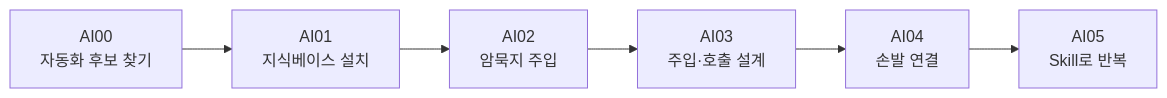
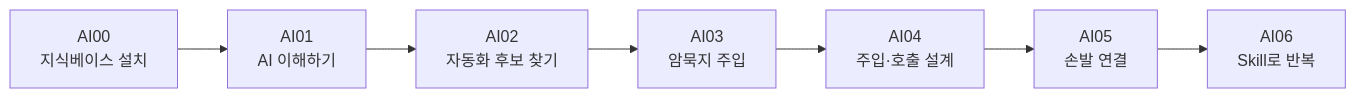
The diagram in 04_AI_스텝/_index.md (sunwon12/vibe-coding-curriculum), drawn with Mermaid before and after one commit. The commit also changed other lines of this file and 26 other files, not shown here.

First line of the commit message:
AI 스텝 순서를 지식베이스 → AI 이해 → 자동화 후보로 바꾸고 수업 자료 PDF 추가

````diff
--- a/04_AI_스텝/_index.md
+++ b/04_AI_스텝/_index.md
@@ -19,8 +19,9 @@
 ```mermaid
 flowchart LR
-  A["AI00<br/>자동화 후보 찾기"] --> B["AI01<br/>지식베이스 설치"]
-  B --> C["AI02<br/>암묵지 주입"]
-  C --> D["AI03<br/>주입·호출 설계"]
-  D --> E["AI04<br/>손발 연결"]
-  E --> F["AI05<br/>Skill로 반복"]
+  A["AI00<br/>지식베이스 설치"] --> U["AI01<br/>AI 이해하기"]
+  U --> B["AI02<br/>자동화 후보 찾기"]
+  B --> C["AI03<br/>암묵지 주입"]
+  C --> D["AI04<br/>주입·호출 설계"]
+  D --> E["AI05<br/>손발 연결"]
+  E --> F["AI06<br/>Skill로 반복"]
 ```
````
